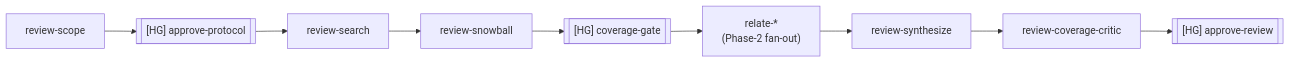
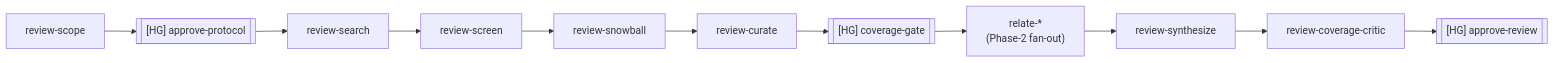
One commit to phoongkhangzhie/research-vault changed the first of 3 diagrams in README.md. Above: the diagram before and after it, drawn with Mermaid. The commit also changed other lines of this file and 8 other files, not shown here.

````diff
--- a/README.md
+++ b/README.md
@@ -152,9 +155,10 @@
 ```mermaid
 flowchart LR
     scope[review-scope] --> HG1[["[HG] approve-protocol"]]
-    HG1 --> search[review-search] --> snowball[review-snowball]
-    snowball --> HG2[["[HG] coverage-gate"]]
+    HG1 --> search[review-search] --> screen[review-screen] --> snowball[review-snowball]
+    snowball --> curate[review-curate]
+    curate --> HG2[["[HG] coverage-gate"]]
     HG2 --> relate["relate-*\n(Phase-2 fan-out)"]
     relate --> synthesize[review-synthesize] --> critic[review-coverage-critic]
     critic --> HG3[["[HG] approve-review"]]
 ```
````
